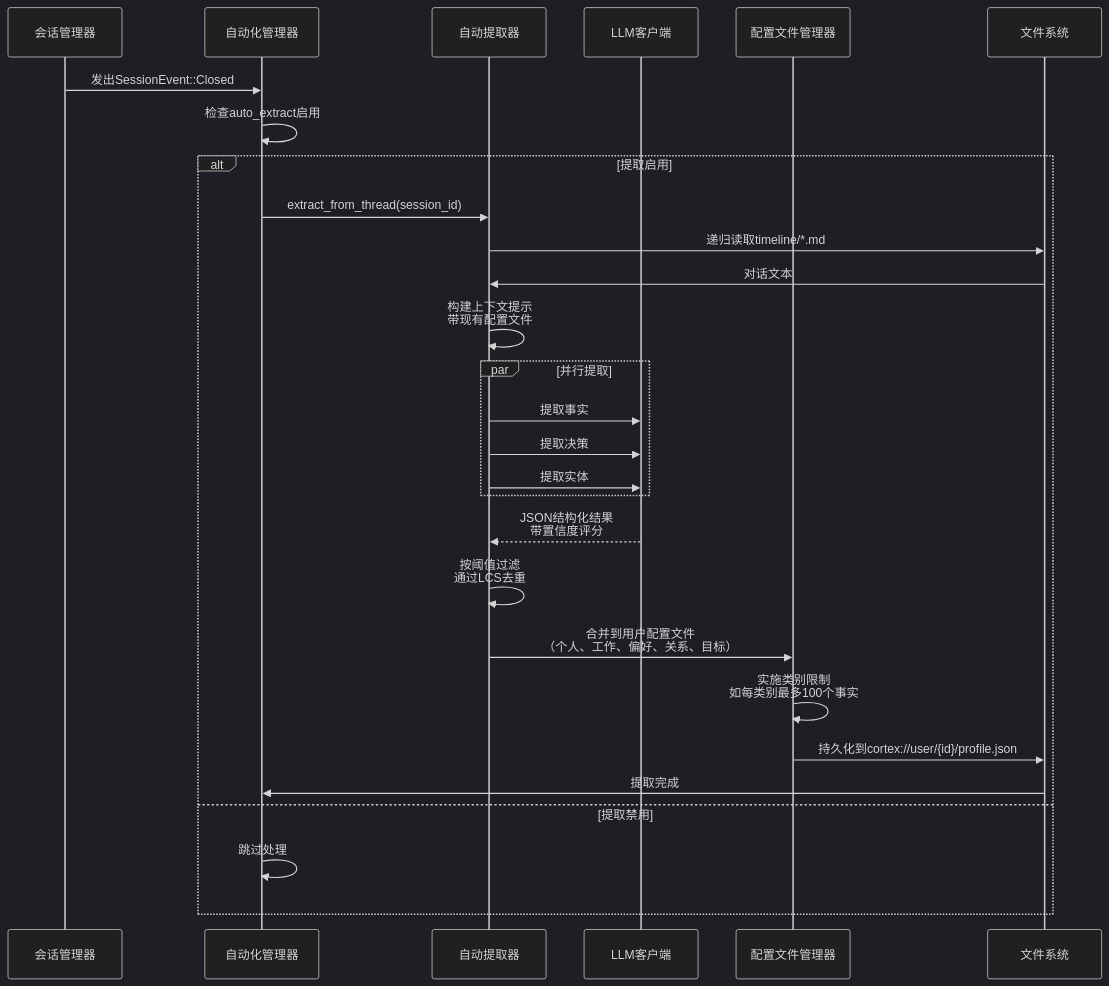
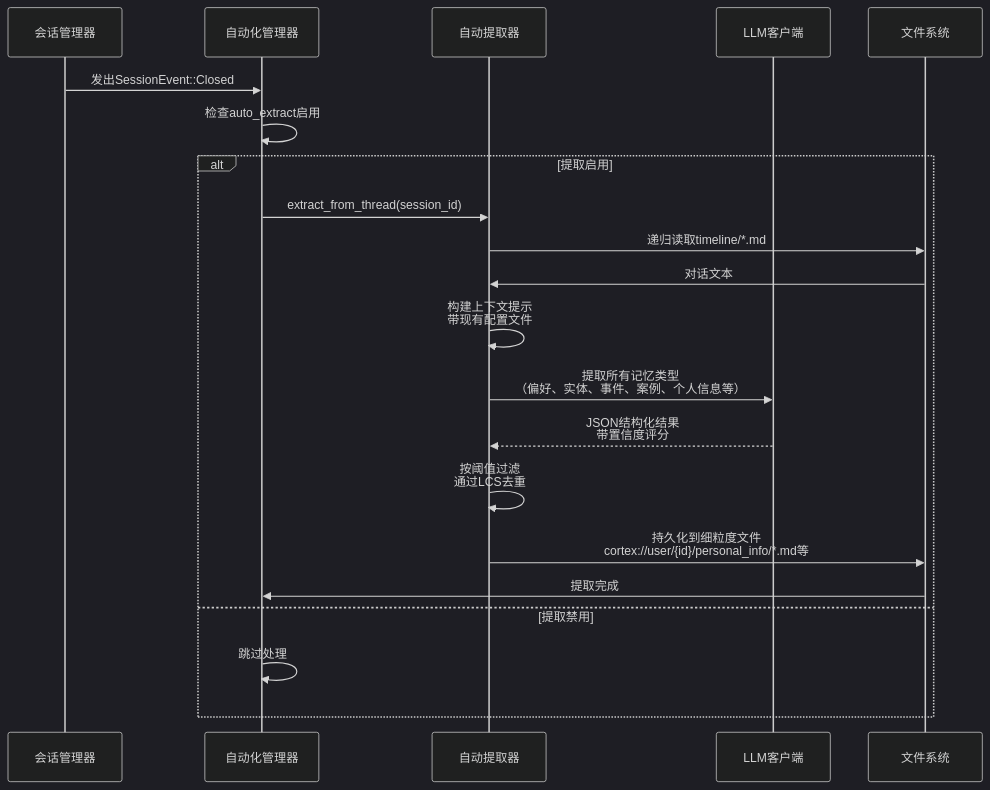
Before and after one commit to sopaco/cortex-mem: the fifth of 9 diagrams in litho.docs/zh/3、核心流程.md, drawn with Mermaid (dark theme). The commit also changed other lines of this file and 3 other files, not shown here.

````diff
--- a/litho.docs/zh/3、核心流程.md
+++ b/litho.docs/zh/3、核心流程.md
@@ -262,39 +262,31 @@
 ```mermaid
 sequenceDiagram
     participant Session as 会话管理器
     participant AutoMgr as 自动化管理器
     participant Extractor as 自动提取器
     participant LLM as LLM客户端
-    participant Profile as 配置文件管理器
     participant FS as 文件系统
     
     Session->>AutoMgr: 发出SessionEvent::Closed
     AutoMgr->>AutoMgr: 检查auto_extract启用
     
     alt 提取启用
         AutoMgr->>Extractor: extract_from_thread(session_id)
         Extractor->>FS: 递归读取timeline/*.md
         FS->>Extractor: 对话文本
         
         Extractor->>Extractor: 构建上下文提示<br/>带现有配置文件
         
-        par 并行提取
-            Extractor->>LLM: 提取事实
-            Extractor->>LLM: 提取决策
-            Extractor->>LLM: 提取实体
-        end
+        Extractor->>LLM: 提取所有记忆类型<br/>（偏好、实体、事件、案例、个人信息等）
         
         LLM-->>Extractor: JSON结构化结果<br/>带置信度评分
         
         Extractor->>Extractor: 按阈值过滤<br/>通过LCS去重
         
-        Extractor->>Profile: 合并到用户配置文件<br/>（个人、工作、偏好、关系、目标）
+        Extractor->>FS: 持久化到细粒度文件<br/>cortex://user/{id}/personal_info/*.md等
         
-        Profile->>Profile: 实施类别限制<br/>如每类别最多100个事实
-        
-        Profile->>FS: 持久化到cortex://user/{id}/profile.json
         FS->>AutoMgr: 提取完成
     else 提取禁用
         AutoMgr->>AutoMgr: 跳过处理
     end
 ```
````
